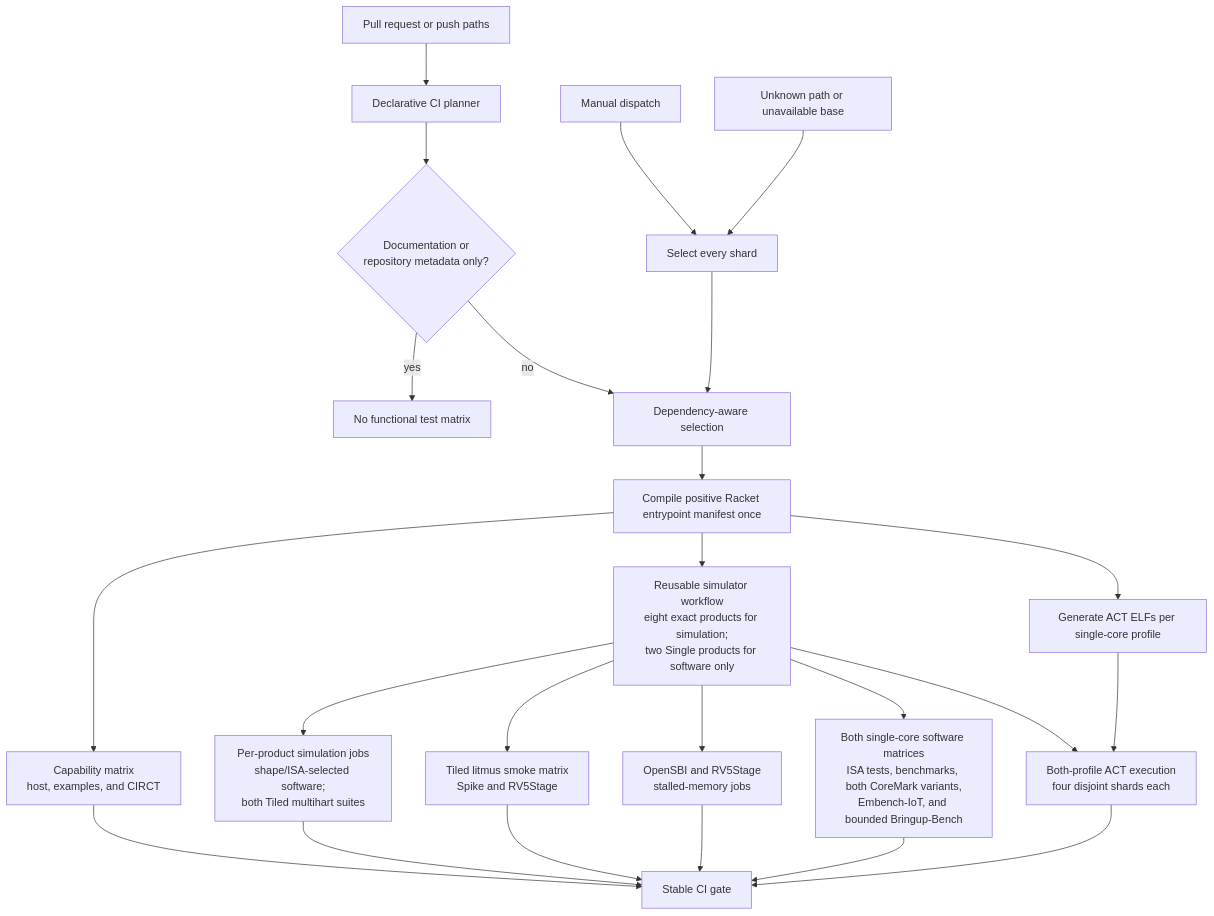
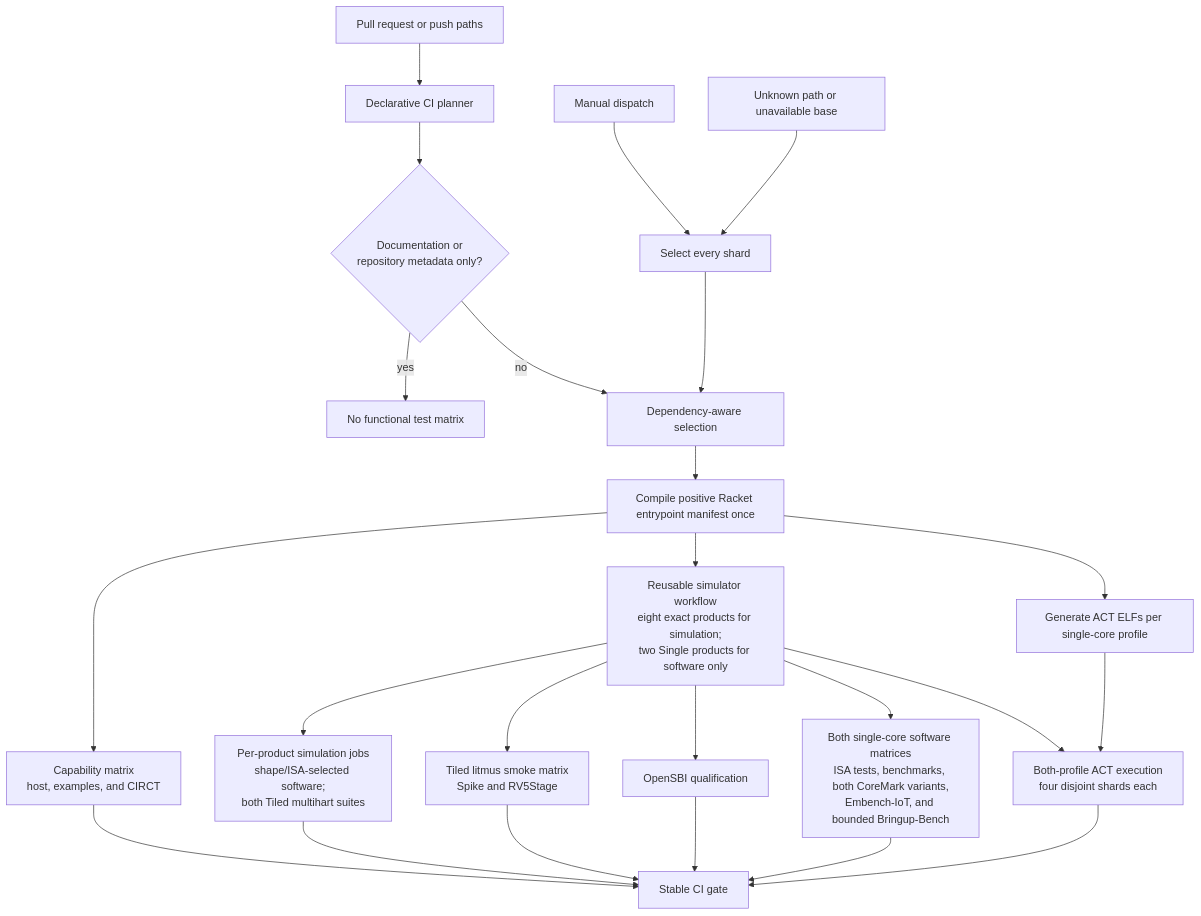
The diagram in tools/testing/DEVELOPING.md (jerryz123/rhodium), drawn with Mermaid before and after one commit. The commit also changed other lines of this file and 8 other files, not shown here.

````diff
--- a/tools/testing/DEVELOPING.md
+++ b/tools/testing/DEVELOPING.md
@@ -90,26 +90,26 @@
 ```mermaid
 flowchart TD
     Changes["Pull request or push paths"] --> Classifier["Declarative CI planner"]
     Manual["Manual dispatch"] --> All["Select every shard"]
     Unknown["Unknown path or unavailable base"] --> All
     Classifier --> Docs{"Documentation or<br/>repository metadata only?"}
     Docs -->|yes| None["No functional test matrix"]
     Docs -->|no| Selected["Dependency-aware selection"]
     All --> Selected
     Selected --> Compile["Compile positive Racket entrypoint manifest once"]
     Compile --> Checks["Capability matrix<br/>host, examples, and CIRCT"]
     Compile --> Simulators["Reusable simulator workflow<br/>eight exact products for simulation;<br/>two Single products for software only"]
     Simulators --> Simulation["Per-product simulation jobs<br/>shape/ISA-selected software;<br/>both Tiled multihart suites"]
     Simulators --> LitmusSmoke["Tiled litmus smoke matrix<br/>Spike and RV5Stage"]
-    Simulators --> Qualification["OpenSBI and RV5Stage<br/>stalled-memory jobs"]
+    Simulators --> Qualification["OpenSBI qualification"]
     Simulators --> Programs["Both single-core software matrices<br/>ISA tests, benchmarks, both CoreMark variants,<br/>Embench-IoT, and bounded Bringup-Bench"]
     Compile --> ActBuild["Generate ACT ELFs per single-core profile"]
     Simulators --> ActRun["Both-profile ACT execution<br/>four disjoint shards each"]
     ActBuild --> ActRun
     Checks --> Gate["Stable CI gate"]
     Simulation --> Gate
     LitmusSmoke --> Gate
     Qualification --> Gate
     Programs --> Gate
     ActRun --> Gate
 ```
````
